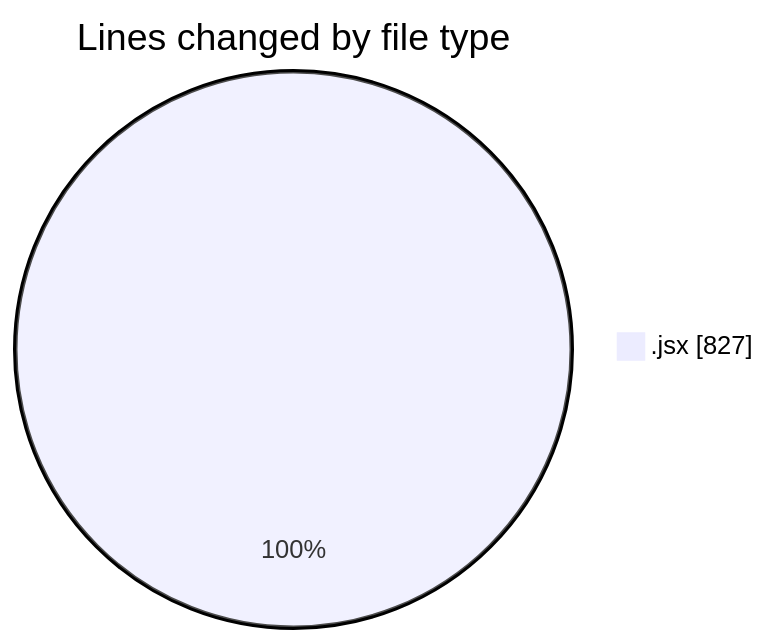
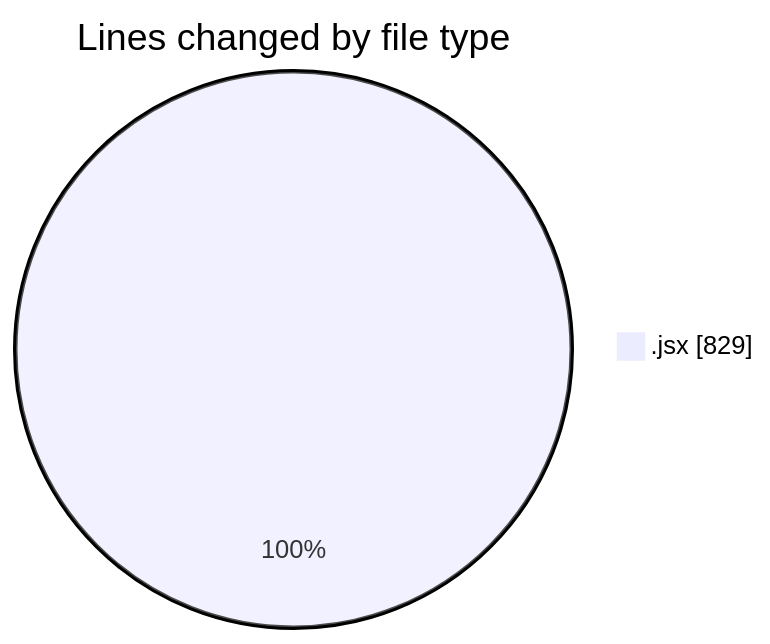
One commit to nxtqubesakshisongat/code-tracking changed the first of 2 diagrams in 2025-11-06/nxtqube_webapp/README.md. Above: the diagram before and after it, drawn with Mermaid. The commit also changed other lines of this file and 1 other file, not shown here.

````diff
--- a/2025-11-06/nxtqube_webapp/README.md
+++ b/2025-11-06/nxtqube_webapp/README.md
@@ -21,5 +21,5 @@
 ```mermaid
 pie showData
 title Lines changed by file type
-".jsx" : 827
+".jsx" : 829
 ```
````
